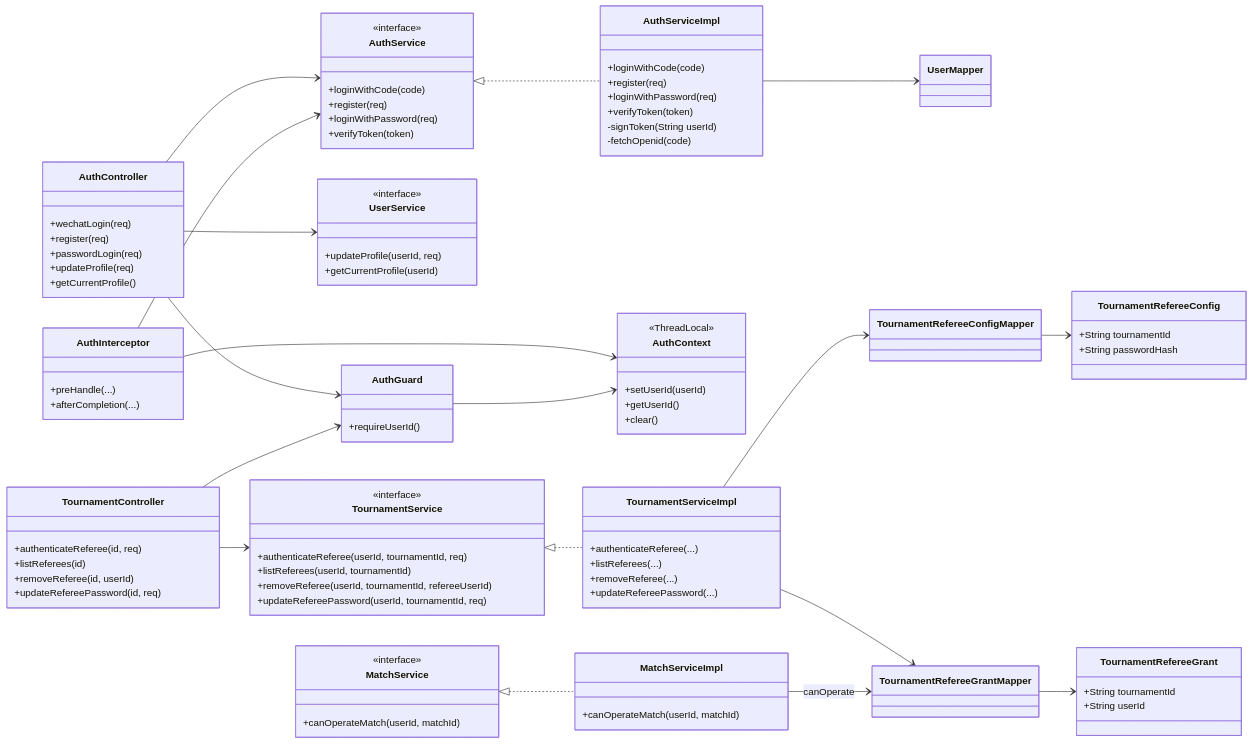
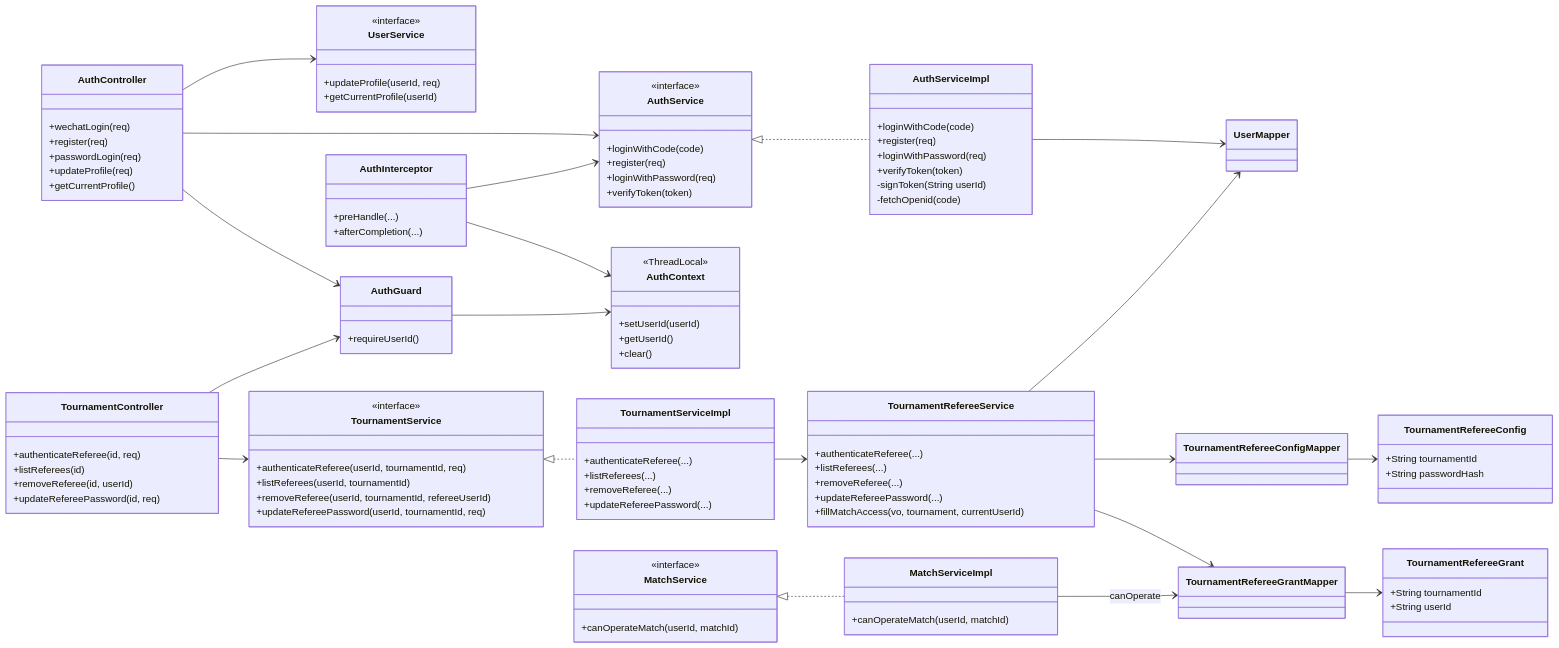
The sixth of 9 diagrams in docs/类图.md (lijingyuu/Scoring), drawn with Mermaid before and after one commit. The commit also changed other lines of this file and 7 other files, not shown here.

```diff
--- a/docs/类图.md
+++ b/docs/类图.md
@@ -569,6 +599,14 @@
   +updateRefereePassword(...)
 }
 
+class TournamentRefereeService {
+  +authenticateReferee(...)
+  +listReferees(...)
+  +removeReferee(...)
+  +updateRefereePassword(...)
+  +fillMatchAccess(vo, tournament, currentUserId)
+}
+
 class MatchService {
   <<interface>>
   +canOperateMatch(userId, matchId)
@@ -603,8 +641,10 @@
 TournamentController --> AuthGuard
 TournamentController --> TournamentService
 TournamentService <|.. TournamentServiceImpl
-TournamentServiceImpl --> TournamentRefereeConfigMapper
-TournamentServiceImpl --> TournamentRefereeGrantMapper
+TournamentServiceImpl --> TournamentRefereeService
+TournamentRefereeService --> TournamentRefereeConfigMapper
+TournamentRefereeService --> TournamentRefereeGrantMapper
+TournamentRefereeService --> UserMapper
 MatchService <|.. MatchServiceImpl
 MatchServiceImpl --> TournamentRefereeGrantMapper : canOperate
 TournamentRefereeConfigMapper --> TournamentRefereeConfig
```
